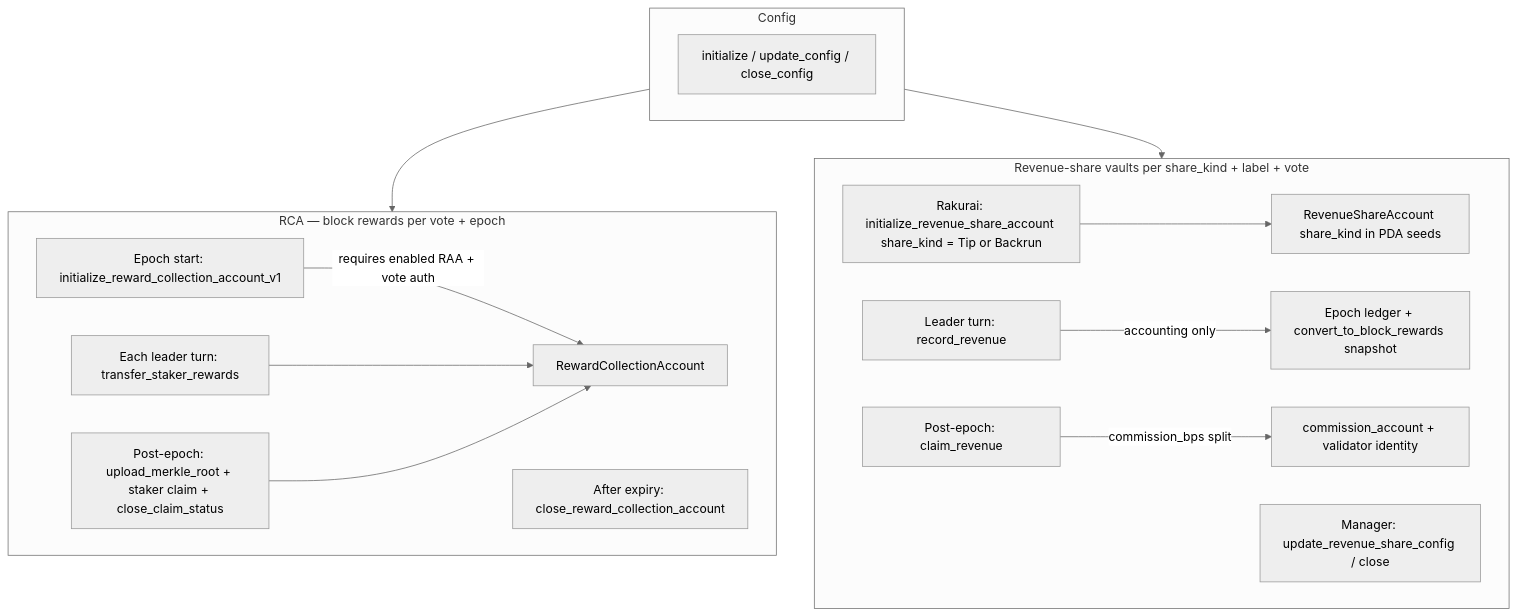
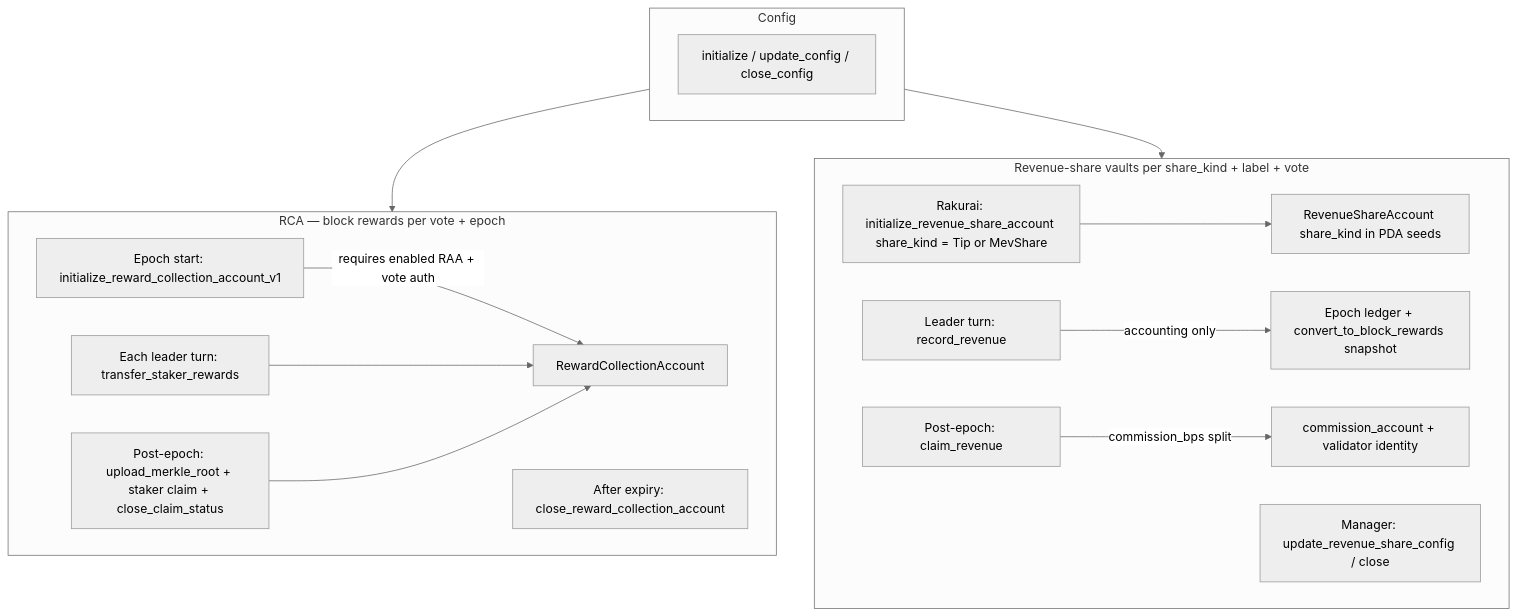
The second of 4 diagrams in diagram/program-flow-diagrams.md (rakurai-io/rakurai_programs), drawn with Mermaid (neutral theme) before and after one commit. The commit also changed other lines of this file and 9 other files, not shown here.

Commit message:
rename rev share account types

````diff
--- a/diagram/program-flow-diagrams.md
+++ b/diagram/program-flow-diagrams.md
@@ -60,29 +60,29 @@
 ```mermaid
 flowchart TD
     subgraph config [Config]
         RD0[initialize / update_config / close_config]
     end
 
     subgraph rca [RCA — block rewards per vote + epoch]
         R1[Epoch start: initialize_reward_collection_account_v1]
         R1 -->|requires enabled RAA + vote auth| RCA[RewardCollectionAccount]
         R2[Each leader turn: transfer_staker_rewards]
         R2 --> RCA
         R3[Post-epoch: upload_merkle_root + staker claim + close_claim_status]
         R3 --> RCA
         R4[After expiry: close_reward_collection_account]
     end
 
     subgraph revenue [Revenue-share vaults per share_kind + label + vote]
-        P0[Rakurai: initialize_revenue_share_account share_kind = Tip or Backrun]
+        P0[Rakurai: initialize_revenue_share_account share_kind = Tip or MevShare]
         P0 --> PTS[RevenueShareAccount share_kind in PDA seeds]
         P1[Leader turn: record_revenue]
         P1 -->|accounting only| LEDGER[Epoch ledger + convert_to_block_rewards snapshot]
         P2[Post-epoch: claim_revenue]
         P2 -->|commission_bps split| PAY[commission_account + validator identity]
         P3[Manager: update_revenue_share_config / close]
     end
 
     config --> rca
     config --> revenue
 ```
````
